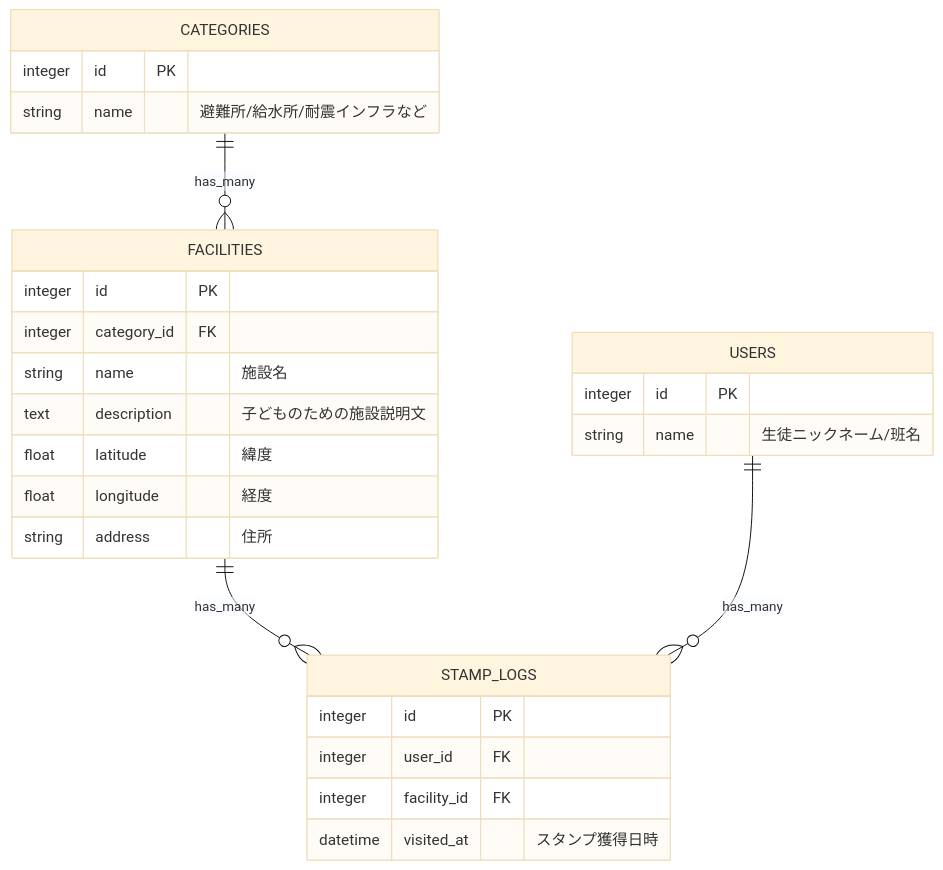
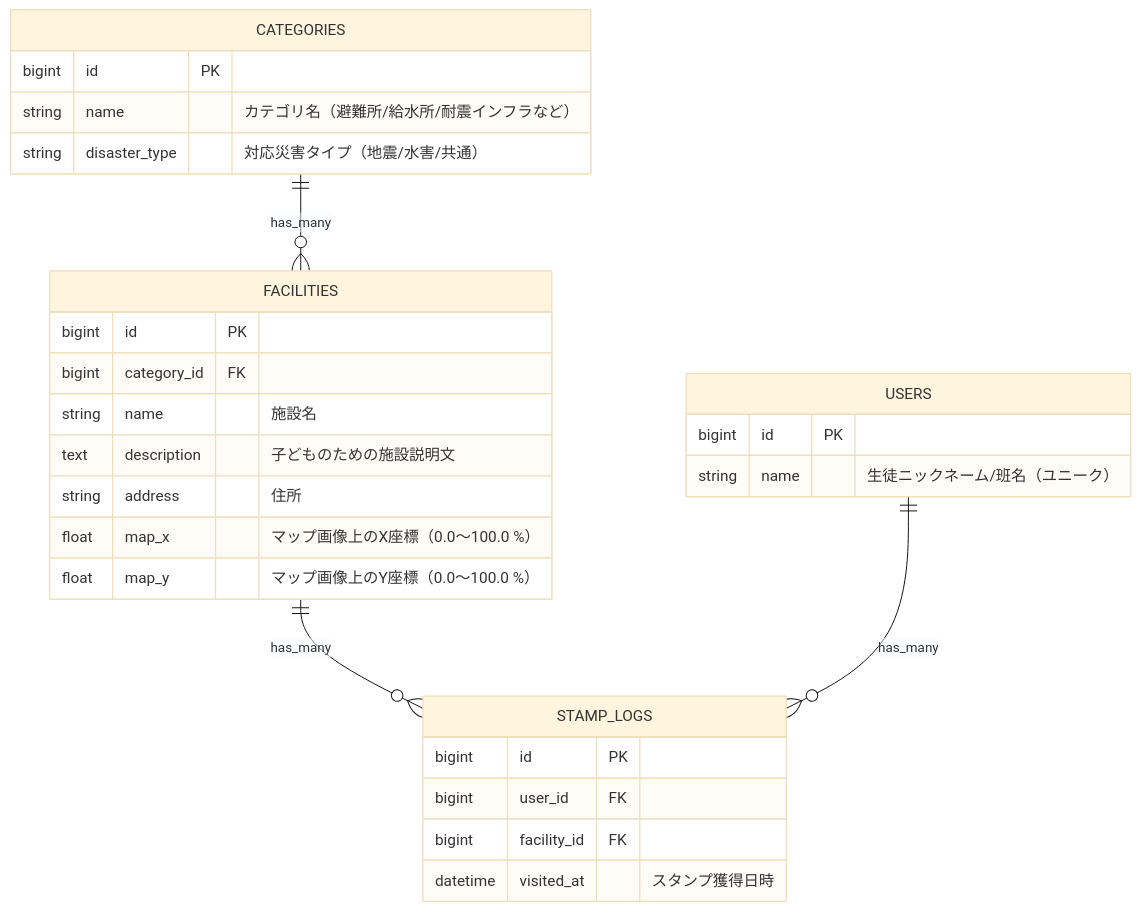
The second of 2 diagrams in README.md (PANTHER-1112/SWEXE-Team3), drawn with Mermaid (base theme) before and after one commit. The commit also changed other lines of this file and 5 other files, not shown here.

````diff
--- a/README.md
+++ b/README.md
@@ -63,33 +72,34 @@
 ```mermaid
 erDiagram
   CATEGORIES ||--o{ FACILITIES : "has_many"
   FACILITIES ||--o{ STAMP_LOGS : "has_many"
   USERS ||--o{ STAMP_LOGS : "has_many"
 
   CATEGORIES {
-    integer id PK
-    string name "避難所/給水所/耐震インフラなど"
+    bigint id PK
+    string name "カテゴリ名（避難所/給水所/耐震インフラなど）"
+    string disaster_type "対応災害タイプ（地震/水害/共通）"
   }
 
   FACILITIES {
-    integer id PK
-    integer category_id FK
+    bigint id PK
+    bigint category_id FK
     string name "施設名"
     text description "子どものための施設説明文"
-    float latitude "緯度"
-    float longitude "経度"
     string address "住所"
+    float map_x "マップ画像上のX座標（0.0〜100.0 %）"
+    float map_y "マップ画像上のY座標（0.0〜100.0 %）"
   }
 
   USERS {
-    integer id PK
-    string name "生徒ニックネーム/班名"
+    bigint id PK
+    string name "生徒ニックネーム/班名（ユニーク）"
   }
 
   STAMP_LOGS {
-    integer id PK
-    integer user_id FK
-    integer facility_id FK
+    bigint id PK
+    bigint user_id FK
+    bigint facility_id FK
     datetime visited_at "スタンプ獲得日時"
   }
 ```
````
